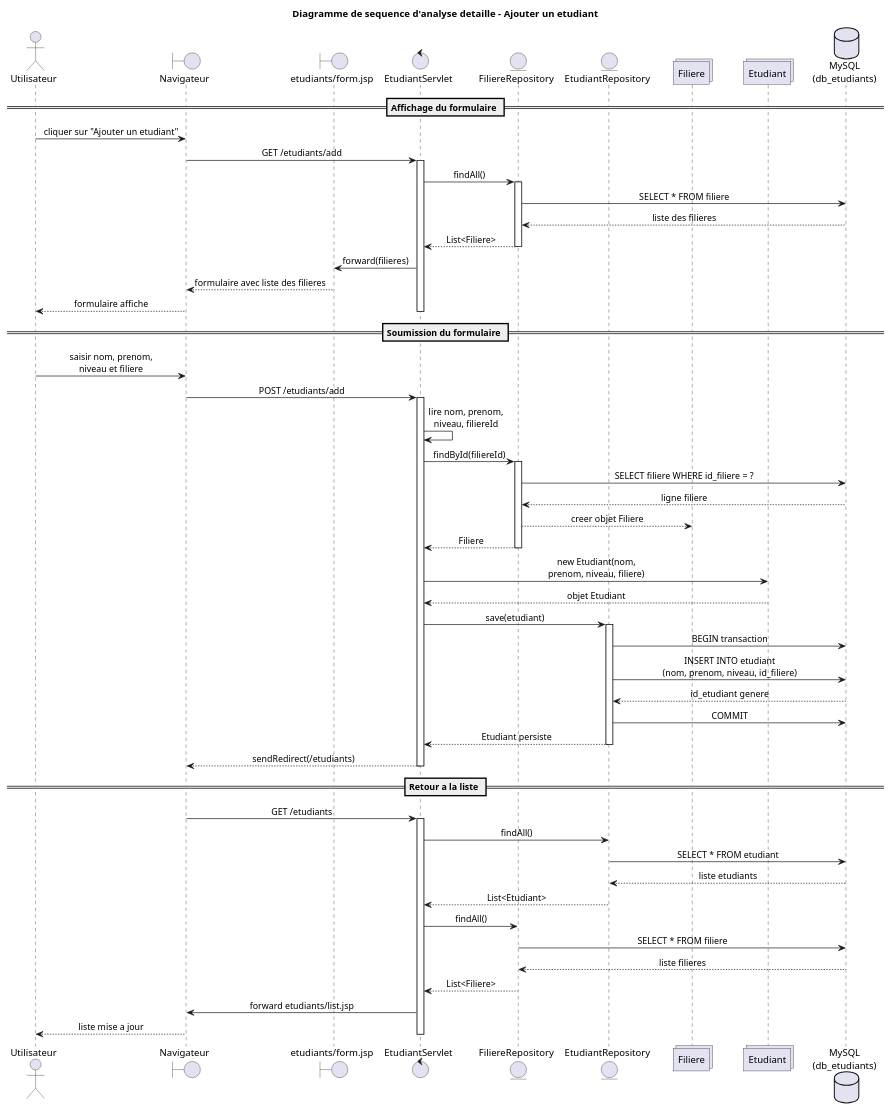
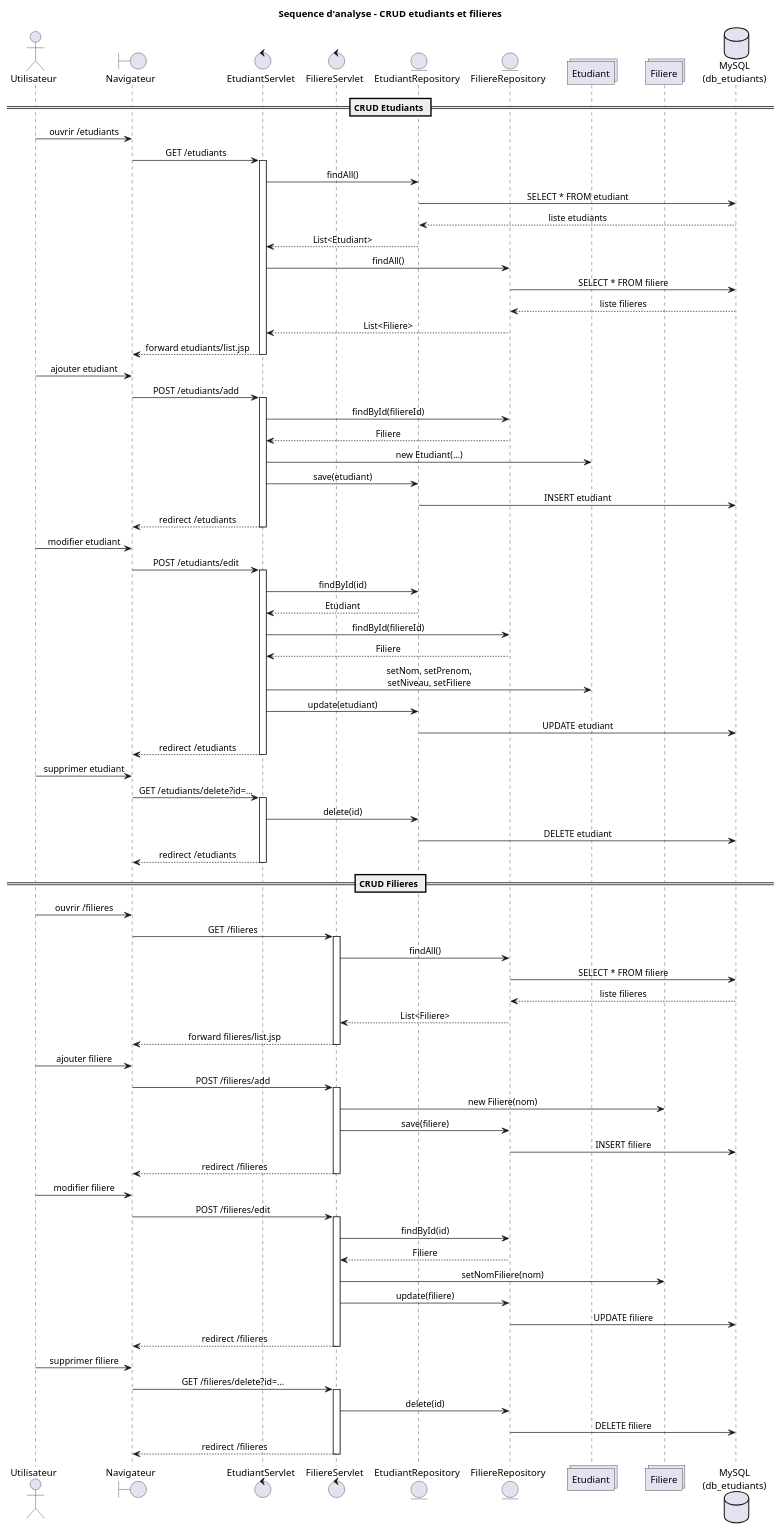
The diagram in docs/uml/sequence-analyse.puml (mehdidabaj/app-etudiant), drawn with PlantUML before and after one commit. The commit also changed 10 other files, not shown here.

Commit message:
Focus UML diagrams on student and filiere CRUD

```diff
--- a/docs/uml/sequence-analyse.puml
+++ b/docs/uml/sequence-analyse.puml
@@ -1,77 +1,104 @@
 @startuml
-title Diagramme de sequence d'analyse detaille - Ajouter un etudiant
+title Sequence d'analyse - CRUD etudiants et filieres
 
 skinparam shadowing false
 skinparam sequenceMessageAlign center
-skinparam ParticipantPadding 18
+skinparam ParticipantPadding 16
 
 actor "Utilisateur" as User
 boundary "Navigateur" as Browser
-boundary "etudiants/form.jsp" as Form
-control "EtudiantServlet" as Servlet
+control "EtudiantServlet" as EtudiantServlet
+control "FiliereServlet" as FiliereServlet
+entity "EtudiantRepository" as EtudiantRepo
 entity "FiliereRepository" as FiliereRepo
-entity "EtudiantRepository" as EtudiantRepo
+collections "Etudiant" as Etudiant
 collections "Filiere" as Filiere
-collections "Etudiant" as Etudiant
 database "MySQL\n(db_etudiants)" as DB
 
-== Affichage du formulaire ==
-User -> Browser : cliquer sur "Ajouter un etudiant"
-Browser -> Servlet : GET /etudiants/add
-activate Servlet
-Servlet -> FiliereRepo : findAll()
-activate FiliereRepo
-FiliereRepo -> DB : SELECT * FROM filiere
-DB --> FiliereRepo : liste des filieres
-FiliereRepo --> Servlet : List<Filiere>
-deactivate FiliereRepo
-Servlet -> Form : forward(filieres)
-Form --> Browser : formulaire avec liste des filieres
-Browser --> User : formulaire affiche
-deactivate Servlet
-
-== Soumission du formulaire ==
-User -> Browser : saisir nom, prenom,\nniveau et filiere
-Browser -> Servlet : POST /etudiants/add
-activate Servlet
-Servlet -> Servlet : lire nom, prenom,\nniveau, filiereId
-
-Servlet -> FiliereRepo : findById(filiereId)
-activate FiliereRepo
-FiliereRepo -> DB : SELECT filiere WHERE id_filiere = ?
-DB --> FiliereRepo : ligne filiere
-FiliereRepo --> Filiere : creer objet Filiere
-FiliereRepo --> Servlet : Filiere
-deactivate FiliereRepo
-
-Servlet -> Etudiant : new Etudiant(nom,\nprenom, niveau, filiere)
-Etudiant --> Servlet : objet Etudiant
-
-Servlet -> EtudiantRepo : save(etudiant)
-activate EtudiantRepo
-EtudiantRepo -> DB : BEGIN transaction
-EtudiantRepo -> DB : INSERT INTO etudiant\n(nom, prenom, niveau, id_filiere)
-DB --> EtudiantRepo : id_etudiant genere
-EtudiantRepo -> DB : COMMIT
-EtudiantRepo --> Servlet : Etudiant persiste
-deactivate EtudiantRepo
-
-Servlet --> Browser : sendRedirect(/etudiants)
-deactivate Servlet
-
-== Retour a la liste ==
-Browser -> Servlet : GET /etudiants
-activate Servlet
-Servlet -> EtudiantRepo : findAll()
+== CRUD Etudiants ==
+User -> Browser : ouvrir /etudiants
+Browser -> EtudiantServlet : GET /etudiants
+activate EtudiantServlet
+EtudiantServlet -> EtudiantRepo : findAll()
 EtudiantRepo -> DB : SELECT * FROM etudiant
 DB --> EtudiantRepo : liste etudiants
-EtudiantRepo --> Servlet : List<Etudiant>
-Servlet -> FiliereRepo : findAll()
+EtudiantRepo --> EtudiantServlet : List<Etudiant>
+EtudiantServlet -> FiliereRepo : findAll()
 FiliereRepo -> DB : SELECT * FROM filiere
 DB --> FiliereRepo : liste filieres
-FiliereRepo --> Servlet : List<Filiere>
-Servlet -> Browser : forward etudiants/list.jsp
-Browser --> User : liste mise a jour
-deactivate Servlet
+FiliereRepo --> EtudiantServlet : List<Filiere>
+EtudiantServlet --> Browser : forward etudiants/list.jsp
+deactivate EtudiantServlet
+
+User -> Browser : ajouter etudiant
+Browser -> EtudiantServlet : POST /etudiants/add
+activate EtudiantServlet
+EtudiantServlet -> FiliereRepo : findById(filiereId)
+FiliereRepo --> EtudiantServlet : Filiere
+EtudiantServlet -> Etudiant : new Etudiant(...)
+EtudiantServlet -> EtudiantRepo : save(etudiant)
+EtudiantRepo -> DB : INSERT etudiant
+EtudiantServlet --> Browser : redirect /etudiants
+deactivate EtudiantServlet
+
+User -> Browser : modifier etudiant
+Browser -> EtudiantServlet : POST /etudiants/edit
+activate EtudiantServlet
+EtudiantServlet -> EtudiantRepo : findById(id)
+EtudiantRepo --> EtudiantServlet : Etudiant
+EtudiantServlet -> FiliereRepo : findById(filiereId)
+FiliereRepo --> EtudiantServlet : Filiere
+EtudiantServlet -> Etudiant : setNom, setPrenom,\nsetNiveau, setFiliere
+EtudiantServlet -> EtudiantRepo : update(etudiant)
+EtudiantRepo -> DB : UPDATE etudiant
+EtudiantServlet --> Browser : redirect /etudiants
+deactivate EtudiantServlet
+
+User -> Browser : supprimer etudiant
+Browser -> EtudiantServlet : GET /etudiants/delete?id=...
+activate EtudiantServlet
+EtudiantServlet -> EtudiantRepo : delete(id)
+EtudiantRepo -> DB : DELETE etudiant
+EtudiantServlet --> Browser : redirect /etudiants
+deactivate EtudiantServlet
+
+== CRUD Filieres ==
+User -> Browser : ouvrir /filieres
+Browser -> FiliereServlet : GET /filieres
+activate FiliereServlet
+FiliereServlet -> FiliereRepo : findAll()
+FiliereRepo -> DB : SELECT * FROM filiere
+DB --> FiliereRepo : liste filieres
+FiliereRepo --> FiliereServlet : List<Filiere>
+FiliereServlet --> Browser : forward filieres/list.jsp
+deactivate FiliereServlet
+
+User -> Browser : ajouter filiere
+Browser -> FiliereServlet : POST /filieres/add
+activate FiliereServlet
+FiliereServlet -> Filiere : new Filiere(nom)
+FiliereServlet -> FiliereRepo : save(filiere)
+FiliereRepo -> DB : INSERT filiere
+FiliereServlet --> Browser : redirect /filieres
+deactivate FiliereServlet
+
+User -> Browser : modifier filiere
+Browser -> FiliereServlet : POST /filieres/edit
+activate FiliereServlet
+FiliereServlet -> FiliereRepo : findById(id)
+FiliereRepo --> FiliereServlet : Filiere
+FiliereServlet -> Filiere : setNomFiliere(nom)
+FiliereServlet -> FiliereRepo : update(filiere)
+FiliereRepo -> DB : UPDATE filiere
+FiliereServlet --> Browser : redirect /filieres
+deactivate FiliereServlet
+
+User -> Browser : supprimer filiere
+Browser -> FiliereServlet : GET /filieres/delete?id=...
+activate FiliereServlet
+FiliereServlet -> FiliereRepo : delete(id)
+FiliereRepo -> DB : DELETE filiere
+FiliereServlet --> Browser : redirect /filieres
+deactivate FiliereServlet
 
 @enduml
```
